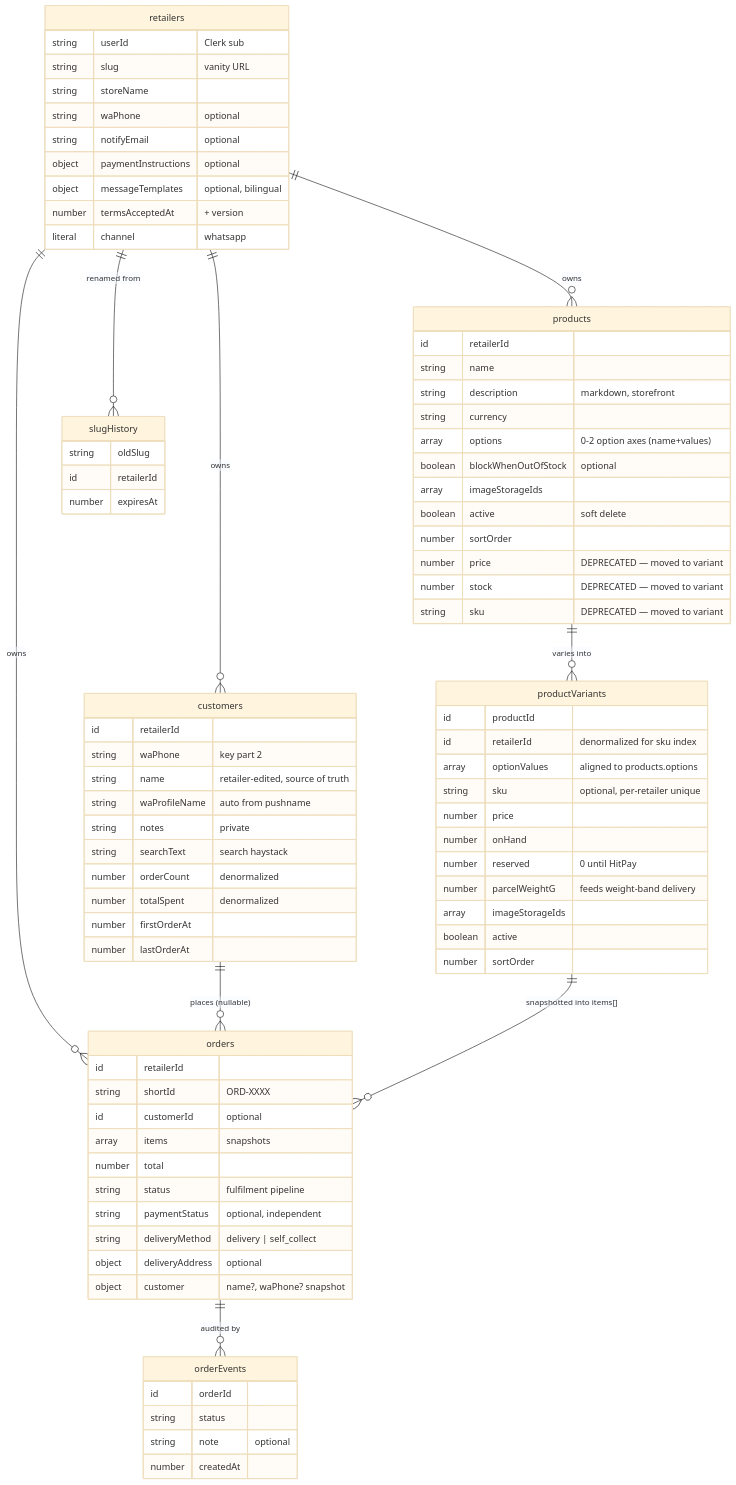
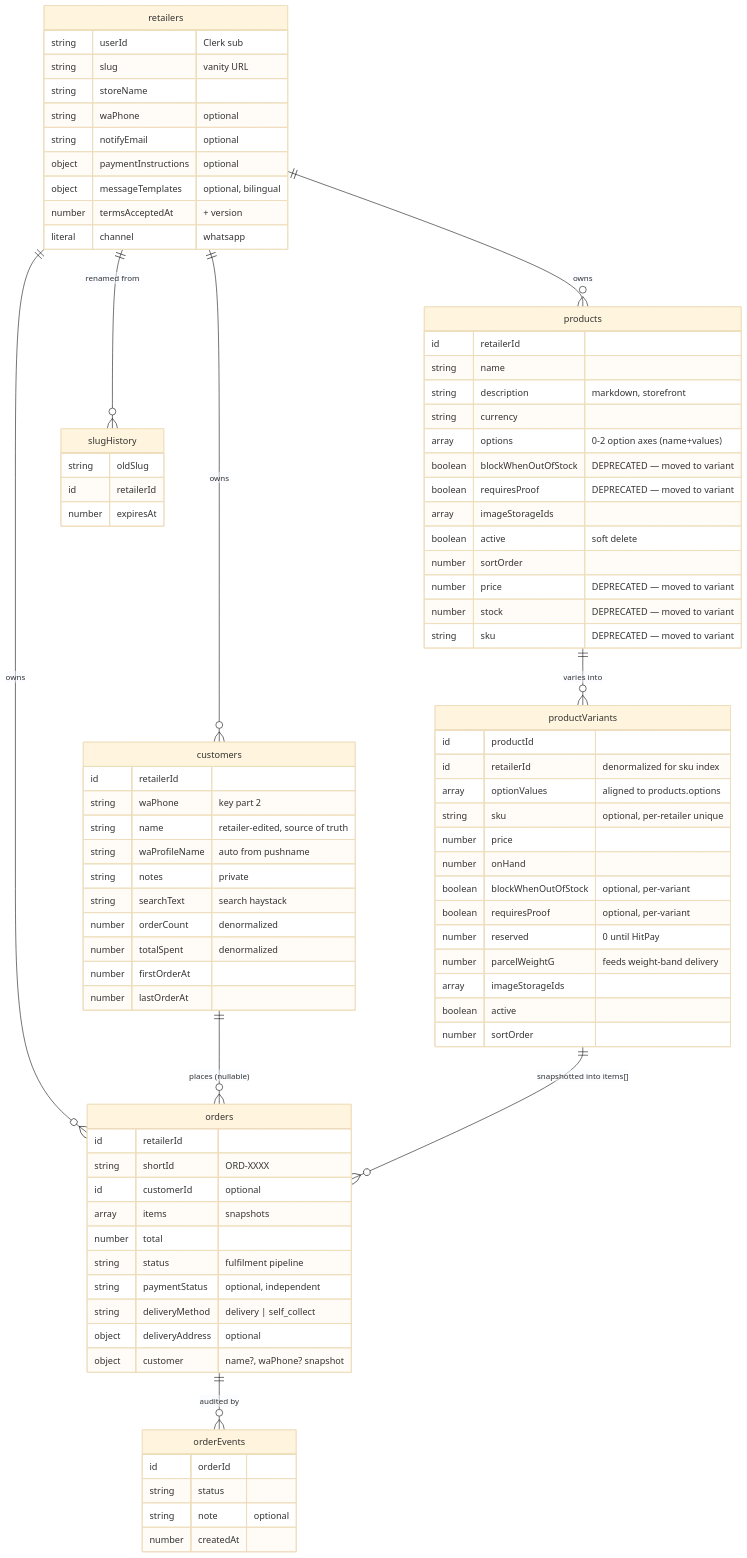
The diagram in docs/data-model.md (Kedaipal/kedaipal), drawn with Mermaid (base theme) before and after one commit. The commit also changed other lines of this file and 19 other files, not shown here.

Commit message:
chore: make mock req as per variant item, not all. same goes for showing OOS items in storefront

```diff
--- a/docs/data-model.md
+++ b/docs/data-model.md
@@ -51,7 +51,8 @@
         string description "markdown, storefront"
         string currency
         array options "0-2 option axes (name+values)"
-        boolean blockWhenOutOfStock "optional"
+        boolean blockWhenOutOfStock "DEPRECATED — moved to variant"
+        boolean requiresProof "DEPRECATED — moved to variant"
         array imageStorageIds
         boolean active "soft delete"
         number sortOrder
@@ -66,6 +67,8 @@
         string sku "optional, per-retailer unique"
         number price
         number onHand
+        boolean blockWhenOutOfStock "optional, per-variant"
+        boolean requiresProof "optional, per-variant"
         number reserved "0 until HitPay"
         number parcelWeightG "feeds weight-band delivery"
         array imageStorageIds
```
